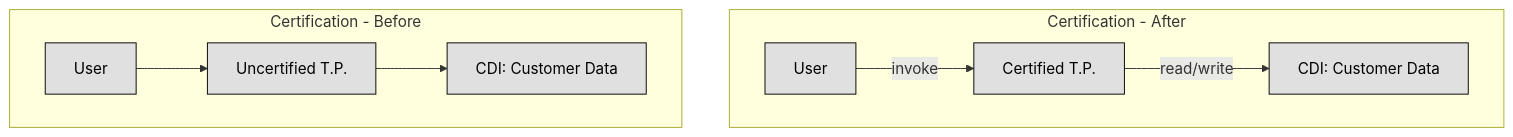
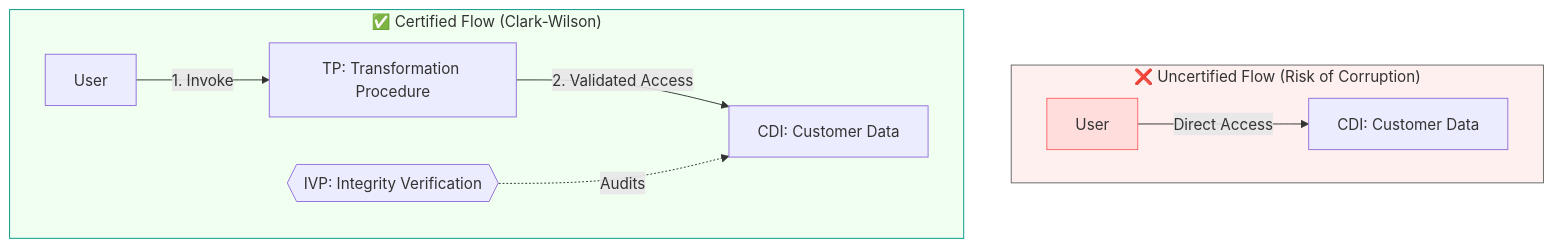
One commit to lorenzoleonelli/CISSP-Zero-to-Hero changed diagram 12 of 15 in DOMAIN3: Security Architecture and Engineering/3.02 Understand the fundamental concepts of security models (e.g. Biba, Star Model, Bell Lapadula).md. Above: the diagram before and after it, drawn with Mermaid. The commit also changed other lines of this file, not shown here.

````diff
--- a/DOMAIN3: Security Architecture and Engineering/3.02 Understand the fundamental concepts of security models (e.g. Biba, Star Model, Bell Lapadula).md
+++ b/DOMAIN3: Security Architecture and Engineering/3.02 Understand the fundamental concepts of security models (e.g. Biba, Star Model, Bell Lapadula).md
@@ -431,24 +478,20 @@
 ```mermaid
 
 flowchart TD
-    subgraph "Certification - After"
-        CW1a[User]
-        CW2a[Certified T.P.]
-        CW3a[CDI: Customer Data]
-        CW1a -->|invoke| CW2a
-        CW2a -->|read/write| CW3a
+    subgraph Unauthorized ["❌ Uncertified Flow (Risk of Corruption)"]
+        direction LR
+        U1[User] -->|Direct Access| CDI_1[CDI: Customer Data]
+        style U1 fill:#fdd,stroke:#f66
     end
 
-
-    subgraph "Certification - Before"
-        CW1[User]
-        CW2[Uncertified T.P.]
-        CW3[CDI: Customer Data]
-        CW1 --> CW2
-        CW2 --> CW3
+    subgraph Authorized ["✅ Certified Flow (Clark-Wilson)"]
+        direction LR
+        U2[User] -->|1. Invoke| TP[TP: Transformation Procedure]
+        TP -->|2. Validated Access| CDI_2[CDI: Customer Data]
+        IVP{{IVP: Integrity Verification}} -.->|Audits| CDI_2
     end
 
-    classDef center fill:#ffffff,color:#000000,stroke:#000000,stroke-width:1px,font-weight:bold
-    classDef node fill:#e0e0e0,color:#000000,stroke:#000000,stroke-width:1px
+    style Authorized fill:#f0fff0,stroke:#009688
+    style Unauthorized fill:#fff0f0,stroke:#666
 
 ```
````
